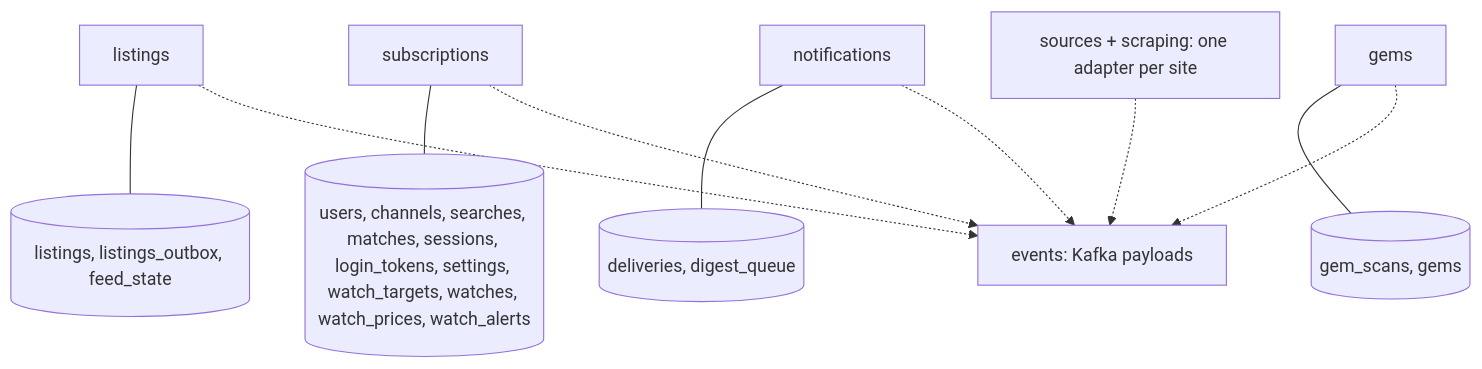
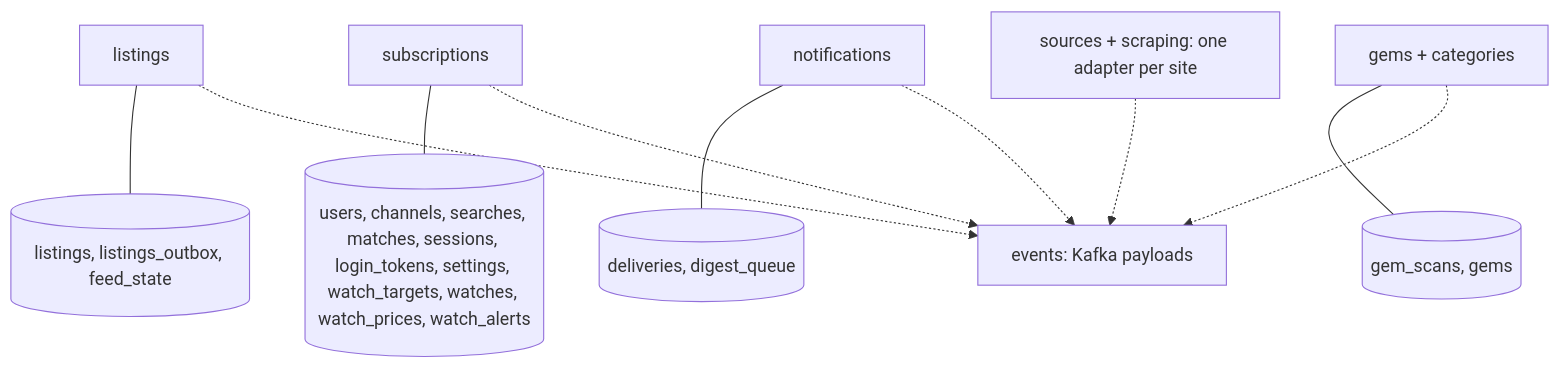
Before and after one commit to A1nar-S/ad-monitor: the fourth of 6 diagrams in docs/architecture.md, drawn with Mermaid. The commit also changed 29 other files, not shown here.

````diff
--- a/docs/architecture.md
+++ b/docs/architecture.md
@@ -98,11 +98,11 @@
 ```mermaid
 flowchart TB
     events[events: Kafka payloads]
     listings[listings] --- t1[(listings, listings_outbox, feed_state)]
     subs[subscriptions] --- t2[(users, channels, searches, matches, sessions, login_tokens, settings, watch_targets, watches, watch_prices, watch_alerts)]
     notif[notifications] --- t3[(deliveries, digest_queue)]
-    gemsl[gems] --- t4[(gem_scans, gems)]
+    gemsl[gems + categories] --- t4[(gem_scans, gems)]
     scraping[sources + scraping: one adapter per site]
 
     listings & subs & notif & gemsl & scraping -.-> events
 ```
````
